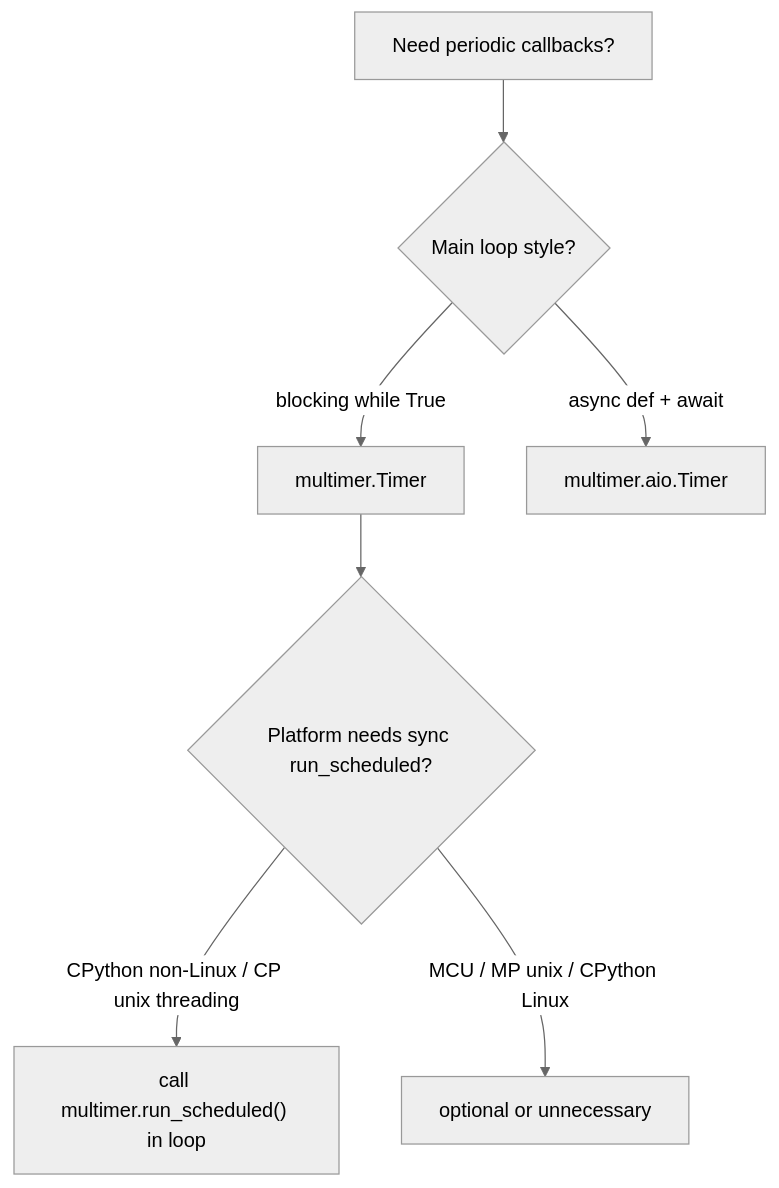
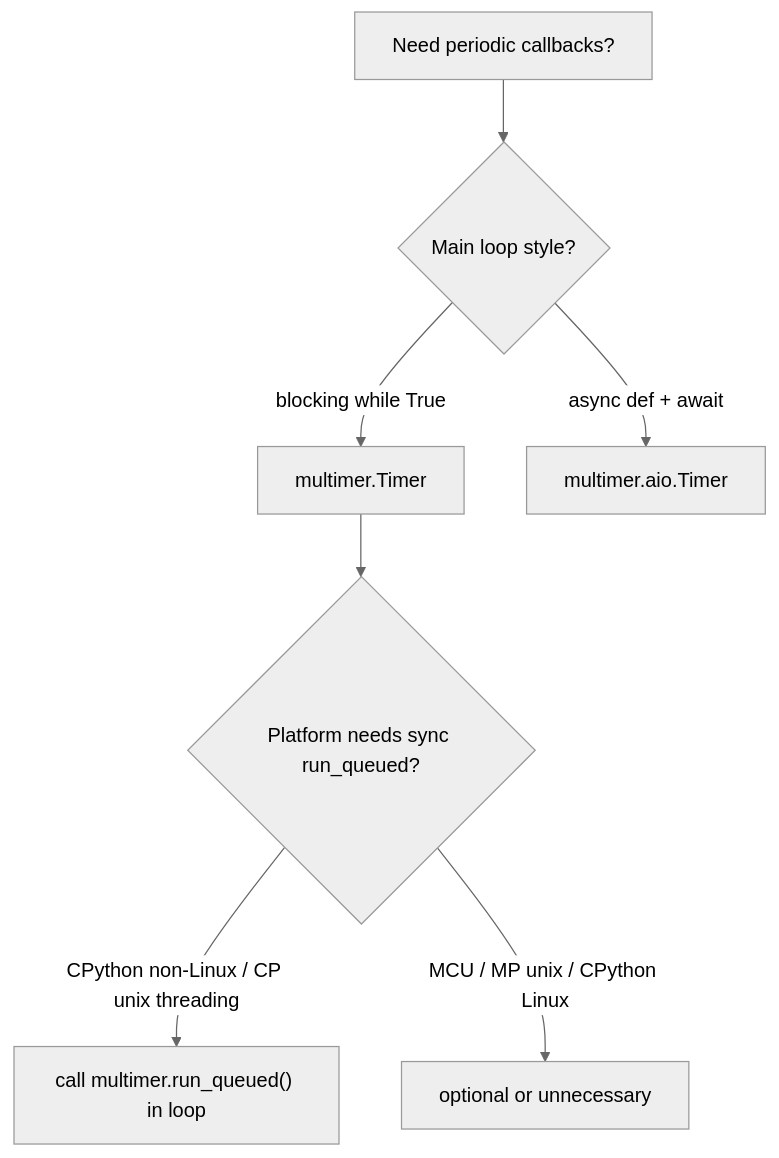
The diagram in docs/concepts/multimer.md (PyDevices/pydisplay), drawn with Mermaid (neutral theme) before and after one commit. The commit also changed other lines of this file and 12 other files, not shown here.

````diff
--- a/docs/concepts/multimer.md
+++ b/docs/concepts/multimer.md
@@ -181,9 +181,9 @@
 ```mermaid
 flowchart TD
     A[Need periodic callbacks?] --> B{Main loop style?}
     B -->|blocking while True| C["multimer.Timer"]
     B -->|async def + await| D["multimer.aio.Timer"]
-    C --> E{Platform needs sync run_scheduled?}
-    E -->|CPython non-Linux / CP unix threading| F["call multimer.run_scheduled() in loop"]
+    C --> E{Platform needs sync run_queued?}
+    E -->|CPython non-Linux / CP unix threading| F["call multimer.run_queued() in loop"]
     E -->|MCU / MP unix / CPython Linux| G["optional or unnecessary"]
 ```
````
